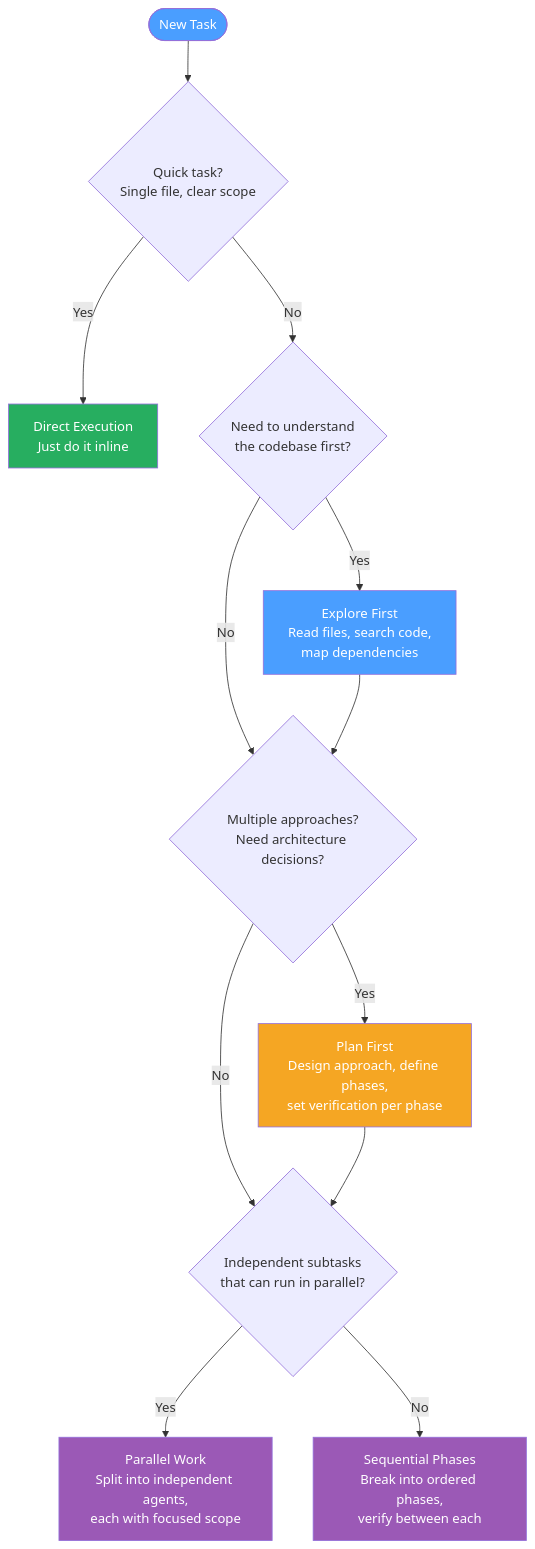
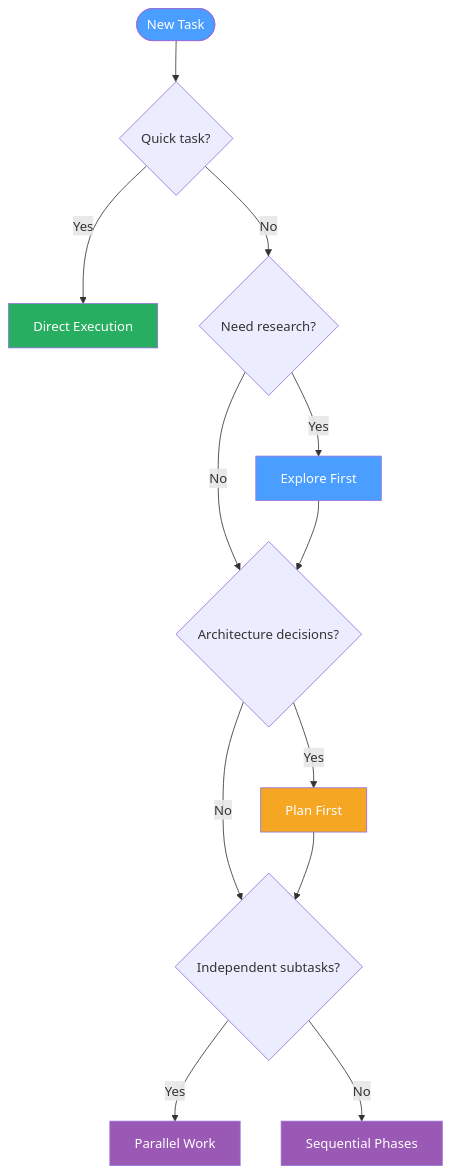
Before and after one commit to Alaslani/AI-Framework: the diagram in docs/diagrams/agent-selection.md, drawn with Mermaid. The commit also changed 7 other files, not shown here.

First line of the commit message:
fix(diagrams): simplify Mermaid diagrams for GitHub rendering

````diff
--- a/docs/diagrams/agent-selection.md
+++ b/docs/diagrams/agent-selection.md
@@ -5,30 +5,21 @@
 ```mermaid
 flowchart TD
-    START([New Task]) --> Q1{Quick task?\nSingle file, clear scope}
-
-    Q1 -->|Yes| DIRECT[Direct Execution\nJust do it inline]
-
-    Q1 -->|No| Q2{Need to understand\nthe codebase first?}
-
-    Q2 -->|Yes| EXPLORE[Explore First\nRead files, search code,\nmap dependencies]
-
-    Q2 -->|No| Q3{Multiple approaches?\nNeed architecture decisions?}
-
-    Q3 -->|Yes| PLAN[Plan First\nDesign approach, define phases,\nset verification per phase]
-
-    Q3 -->|No| Q4{Independent subtasks\nthat can run in parallel?}
-
-    Q4 -->|Yes| PARALLEL[Parallel Work\nSplit into independent agents,\neach with focused scope]
-
-    Q4 -->|No| SEQUENTIAL[Sequential Phases\nBreak into ordered phases,\nverify between each]
-
+    START([New Task]) --> Q1{Quick task?}
+    Q1 -->|Yes| DIRECT[Direct Execution]
+    Q1 -->|No| Q2{Need research?}
+    Q2 -->|Yes| EXPLORE[Explore First]
+    Q2 -->|No| Q3{Architecture decisions?}
     EXPLORE --> Q3
+    Q3 -->|Yes| PLAN[Plan First]
+    Q3 -->|No| Q4{Independent subtasks?}
     PLAN --> Q4
+    Q4 -->|Yes| PARALLEL[Parallel Work]
+    Q4 -->|No| SEQUENTIAL[Sequential Phases]
 
     style START fill:#4a9eff,color:#fff
     style DIRECT fill:#27ae60,color:#fff
     style EXPLORE fill:#4a9eff,color:#fff
     style PLAN fill:#f5a623,color:#fff
     style PARALLEL fill:#9b59b6,color:#fff
     style SEQUENTIAL fill:#9b59b6,color:#fff
 ```
````
